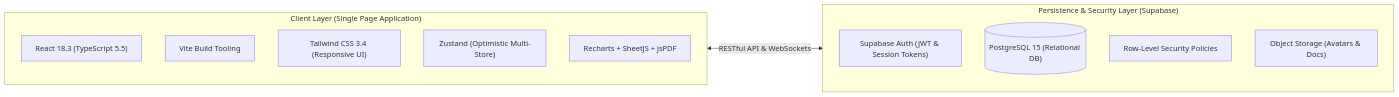
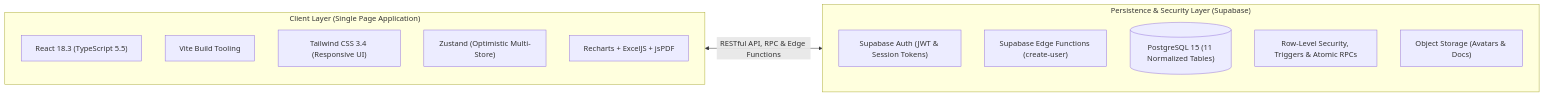
Before and after one commit to eftyqhar/FlowPay: the second of 5 diagrams in PRESENTATION_EN.md, drawn with Mermaid. The commit also changed other lines of this file and 12 other files, not shown here.

````diff
--- a/PRESENTATION_EN.md
+++ b/PRESENTATION_EN.md
@@ -72,19 +72,20 @@
 ```mermaid
 flowchart LR
     subgraph Client ["Client Layer (Single Page Application)"]
         React["React 18.3 (TypeScript 5.5)"]
         Vite["Vite Build Tooling"]
         Tailwind["Tailwind CSS 3.4 (Responsive UI)"]
         Zustand["Zustand (Optimistic Multi-Store)"]
-        Charts["Recharts + SheetJS + jsPDF"]
+        Charts["Recharts + ExcelJS + jsPDF"]
     end
 
     subgraph Cloud ["Persistence & Security Layer (Supabase)"]
         Auth["Supabase Auth (JWT & Session Tokens)"]
-        Postgres[("PostgreSQL 15 (Relational DB)")]
-        RLS["Row-Level Security Policies"]
+        Edge["Supabase Edge Functions (create-user)"]
+        Postgres[("PostgreSQL 15 (11 Normalized Tables)")]
+        RLS["Row-Level Security, Triggers & Atomic RPCs"]
         Storage["Object Storage (Avatars & Docs)"]
     end
 
-    Client <--> |"RESTful API & WebSockets"| Cloud
+    Client <--> |"RESTful API, RPC & Edge Functions"| Cloud
 ```
````
